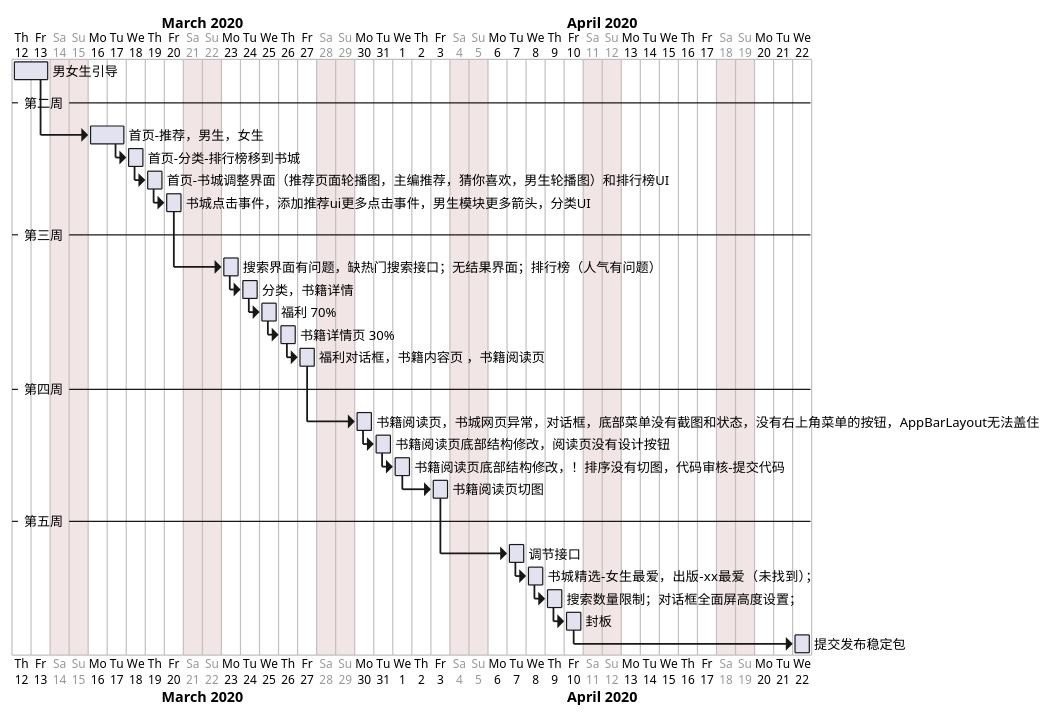
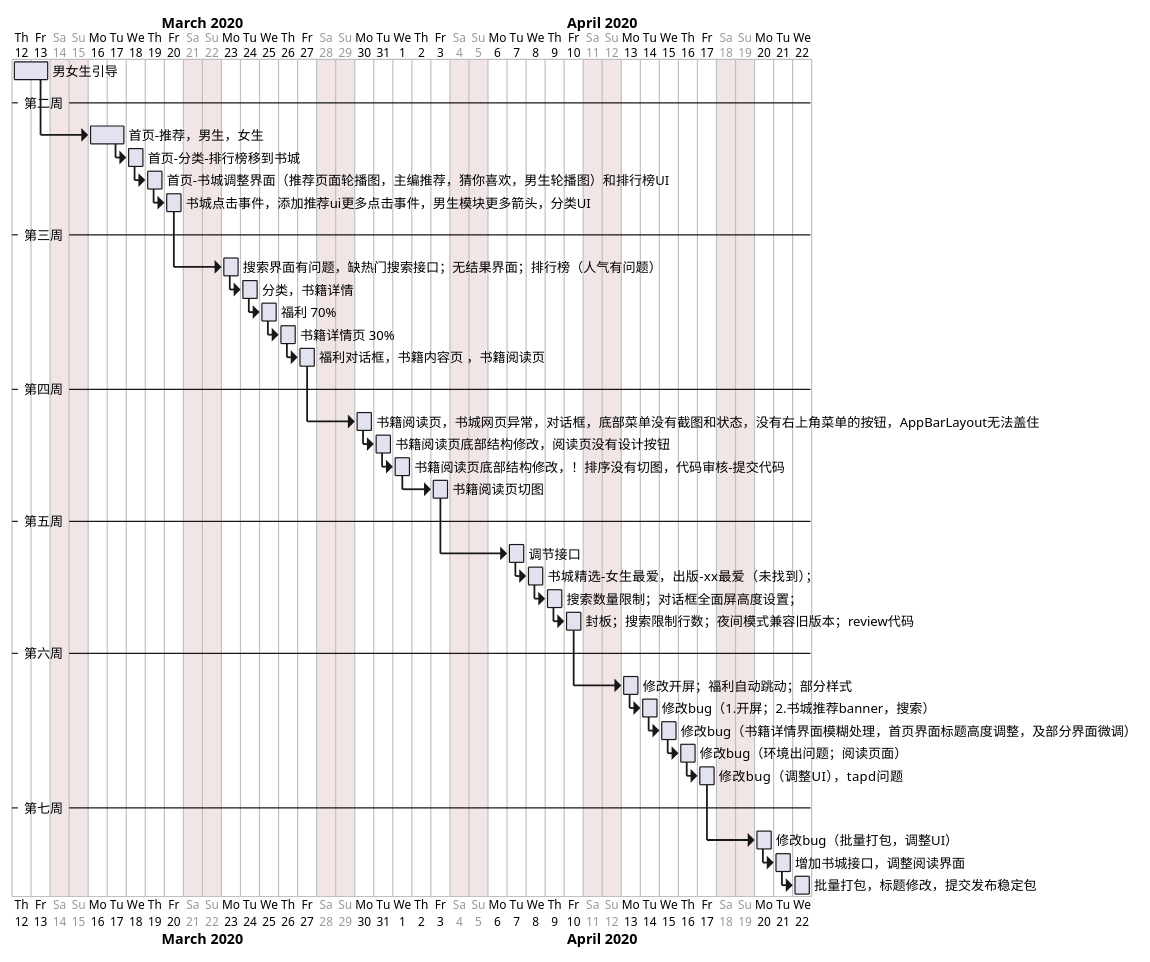
The diagram in 分享内容/猎鹰小说排期2020-03-19.plantuml (rickgit/rickgit.github.io), drawn with PlantUML before and after one commit. The commit also changed 13 other files, not shown here.

```diff
--- a/分享内容/猎鹰小说排期2020-03-19.plantuml
+++ b/分享内容/猎鹰小说排期2020-03-19.plantuml
@@ -1,35 +1,44 @@
 @startgantt
 ' printscale weekly
 saturday are closed
 sunday are closed
 Project starts the 2020/03/12
 [男女生引导] lasts 2 days
 -- 第二周 --
 then [首页-推荐，男生，女生]   starts  2020/03/16 
 [首页-推荐，男生，女生] lasts 2 days
 then [首页-分类-排行榜移到书城] starts  2020/03/18
 then [首页-书城调整界面（推荐页面轮播图，主编推荐，猜你喜欢，男生轮播图）和排行榜UI] starts  2020/03/19
 then [书城点击事件，添加推荐ui更多点击事件，男生模块更多箭头，分类UI] starts  2020/03/20
 -- 第三周 --
 then [搜索界面有问题，缺热门搜索接口；无结果界面；排行榜（人气有问题）] starts  2020/03/23
 then [分类，书籍详情] starts  2020/03/24
 then [福利 70%] starts  2020/03/25
 then [书籍详情页 30%] starts  2020/03/26
 then [福利对话框，书籍内容页 ，书籍阅读页] starts  2020/03/27
 -- 第四周 --
 then [书籍阅读页，书城网页异常，对话框，底部菜单没有截图和状态，没有右上角菜单的按钮，AppBarLayout无法盖住] starts 2020/03/30
 then [书籍阅读页底部结构修改，阅读页没有设计按钮] starts 2020/03/31
 then [书籍阅读页底部结构修改，！排序没有切图，代码审核-提交代码] starts 2020/04/01
 then [书籍阅读页切图] starts 2020/04/02
 then [书籍阅读页切图] starts 2020/04/03
 
 -- 第五周 --
 then [调节接口] starts 2020/04/07
 then [书城精选-女生最爱，出版-xx最爱（未找到）；] starts 2020/04/07
 then [书城精选-女生最爱，出版-xx最爱（未找到）；] starts 2020/04/08
-then [搜索数量限制；对话框全面屏高度设置；] starts 2020/04/08
-then [封板] starts 2020/04/10
-then [提交发布稳定包] starts 2020/04/22
+then [搜索数量限制；对话框全面屏高度设置；] starts 2020/04/09
+then [封板；搜索限制行数；夜间模式兼容旧版本；review代码] starts 2020/04/10
+-- 第六周 --
+then [修改开屏；福利自动跳动；部分样式] starts 2020/04/13
+then [修改bug（1.开屏；2.书城推荐banner，搜索）] starts 2020/04/14
+then [修改bug（书籍详情界面模糊处理，首页界面标题高度调整，及部分界面微调）] starts 2020/04/15
+then [修改bug（环境出问题；阅读页面）] starts 2020/04/16
+then [修改bug（调整UI），tapd问题] starts 2020/04/17
 
+-- 第七周 --
+then [修改bug（批量打包，调整UI）] starts 2020/04/20
+then [增加书城接口，调整阅读界面] starts 2020/04/21
+then [批量打包，标题修改，提交发布稳定包] starts 2020/04/21
 
 @endgantt
```
